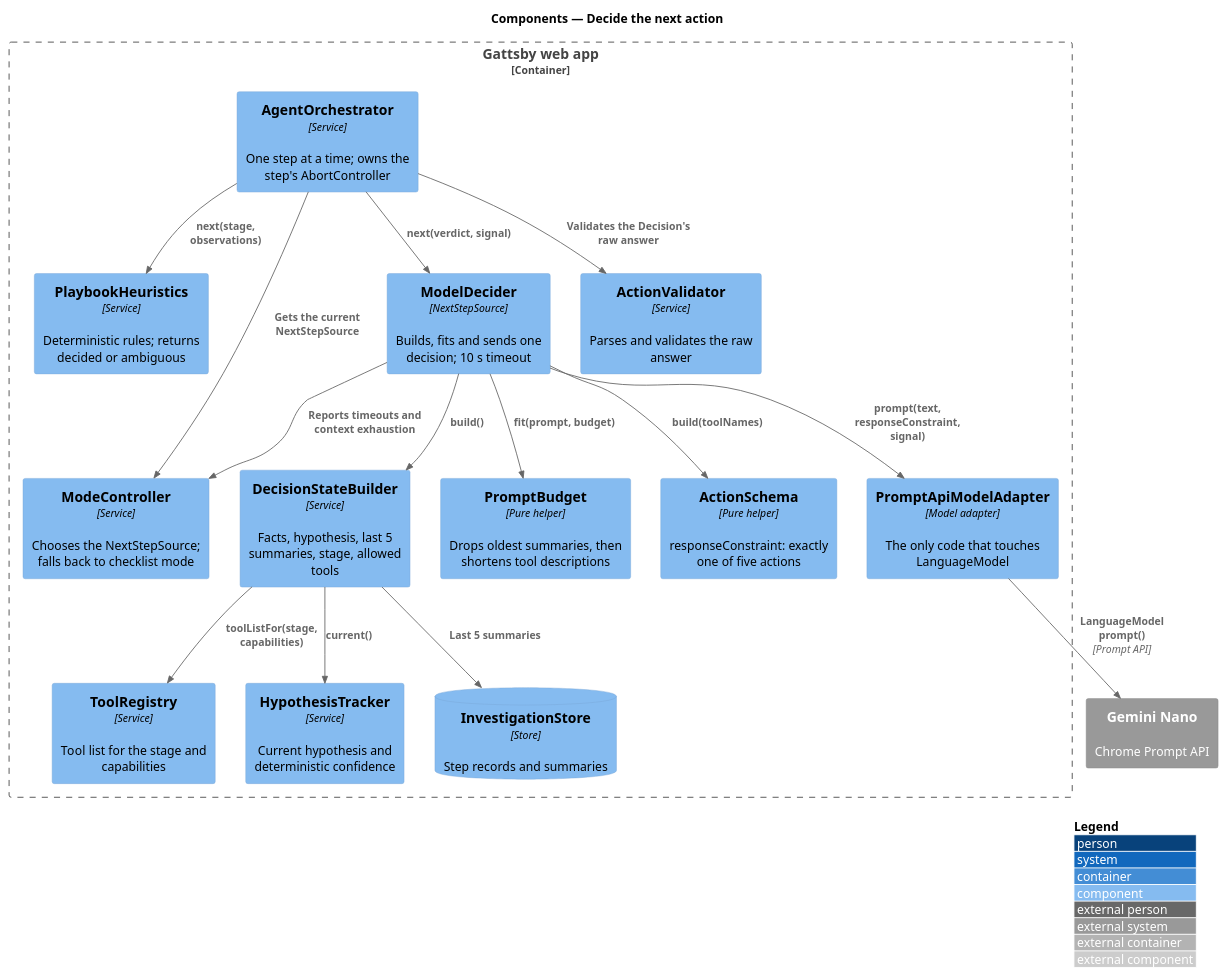
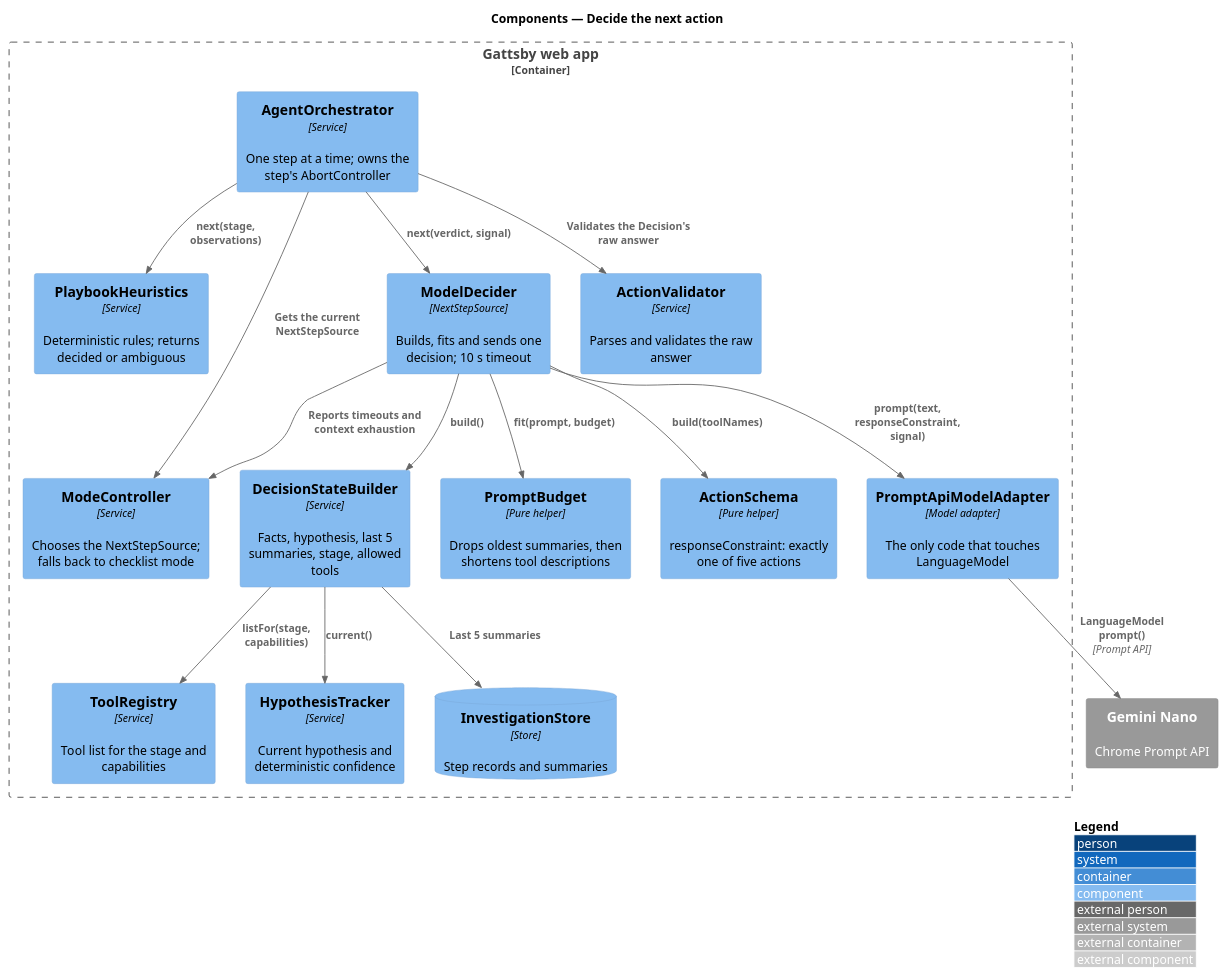
Before and after one commit to QuinntyneBrown/gattsby: the diagram in docs/detailed-designs/agent/decide-the-next-action/diagrams/c4-component.puml, drawn with PlantUML. The commit also changed 24 other files, not shown here.

```diff
--- a/docs/detailed-designs/agent/decide-the-next-action/diagrams/c4-component.puml
+++ b/docs/detailed-designs/agent/decide-the-next-action/diagrams/c4-component.puml
@@ -1,35 +1,35 @@
 @startuml
 !include <C4/C4_Component>
 LAYOUT_WITH_LEGEND()
 title Components — Decide the next action
 
 Container_Boundary(spa, "Gattsby web app") {
   Component(orch, "AgentOrchestrator", "Service", "One step at a time; owns the step's AbortController")
   Component(heur, "PlaybookHeuristics", "Service", "Deterministic rules; returns decided or ambiguous")
   Component(mode, "ModeController", "Service", "Chooses the NextStepSource; falls back to checklist mode")
   Component(decider, "ModelDecider", "NextStepSource", "Builds, fits and sends one decision; 10 s timeout")
   Component(builder, "DecisionStateBuilder", "Service", "Facts, hypothesis, last 5 summaries, stage, allowed tools")
   Component(budget, "PromptBudget", "Pure helper", "Drops oldest summaries, then shortens tool descriptions")
   Component(schema, "ActionSchema", "Pure helper", "responseConstraint: exactly one of five actions")
   Component(registry, "ToolRegistry", "Service", "Tool list for the stage and capabilities")
   Component(hypo, "HypothesisTracker", "Service", "Current hypothesis and deterministic confidence")
   Component(validator, "ActionValidator", "Service", "Parses and validates the raw answer")
   Component(adapter, "PromptApiModelAdapter", "Model adapter", "The only code that touches LanguageModel")
   ComponentDb(store, "InvestigationStore", "Store", "Step records and summaries")
 }
 System_Ext(nano, "Gemini Nano", "Chrome Prompt API")
 
 Rel(orch, heur, "next(stage, observations)")
 Rel(orch, mode, "Gets the current NextStepSource")
 Rel(orch, decider, "next(verdict, signal)")
 Rel(decider, builder, "build()")
-Rel(builder, registry, "toolListFor(stage, capabilities)")
+Rel(builder, registry, "listFor(stage, capabilities)")
 Rel(builder, hypo, "current()")
 Rel(builder, store, "Last 5 summaries")
 Rel(decider, budget, "fit(prompt, budget)")
 Rel(decider, schema, "build(toolNames)")
 Rel(decider, adapter, "prompt(text, responseConstraint, signal)")
 Rel(adapter, nano, "LanguageModel prompt()", "Prompt API")
 Rel(orch, validator, "Validates the Decision's raw answer")
 Rel(decider, mode, "Reports timeouts and context exhaustion")
 @enduml
```
